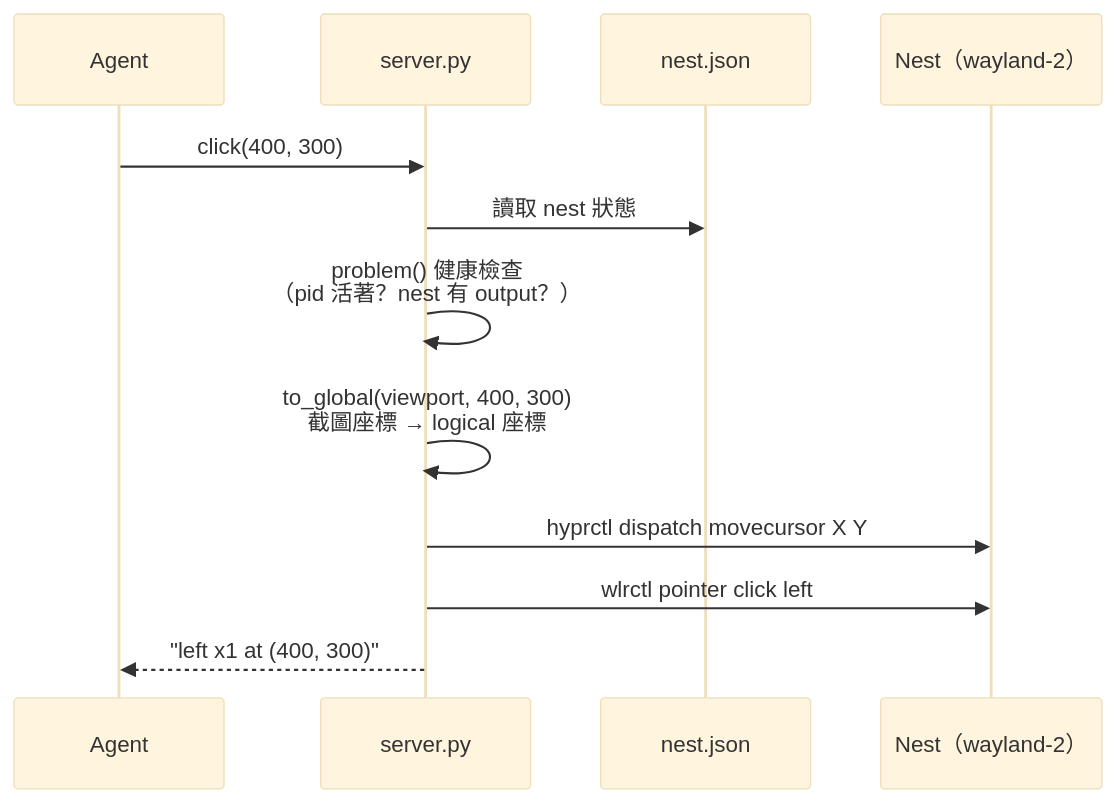
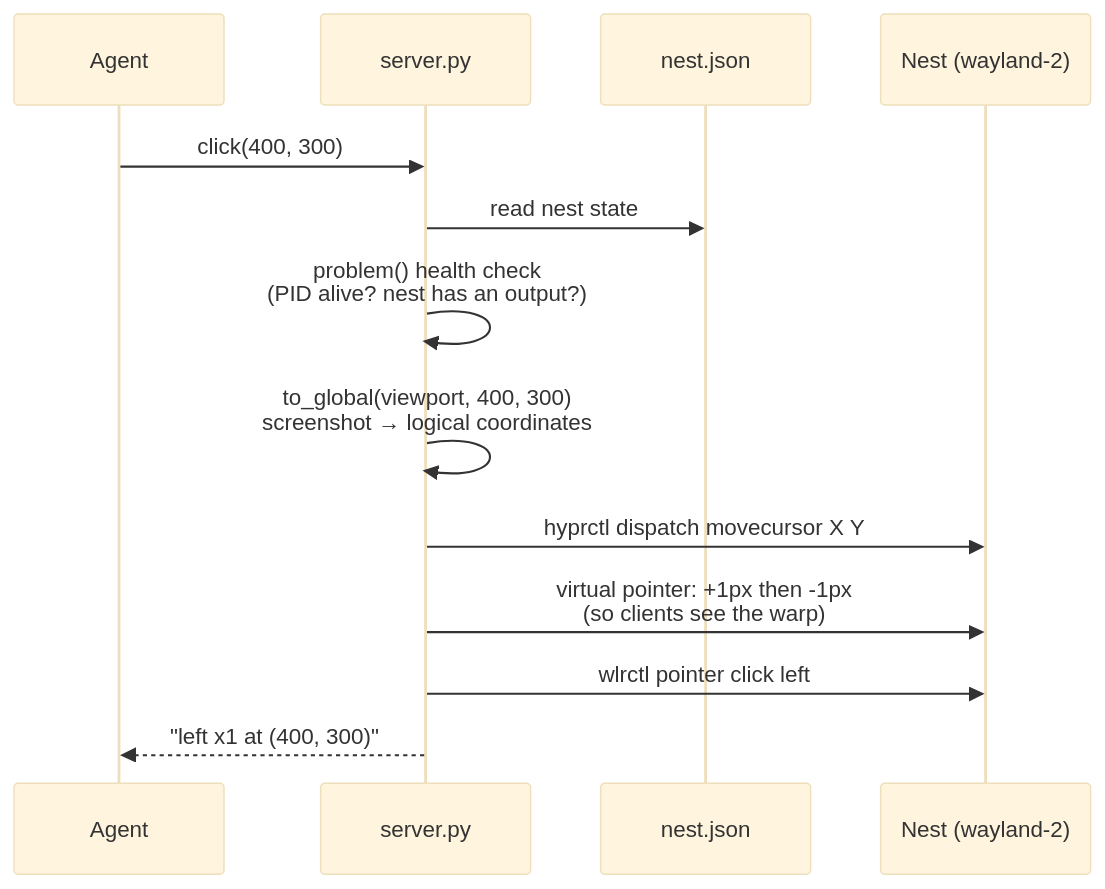
One commit to jason9075/hypr-computer-use-mcp changed the second of 2 diagrams in docs/architecture.md. Above: the diagram before and after it, drawn with Mermaid (base theme). The commit also changed other lines of this file and 6 other files, not shown here.

````diff
--- a/docs/architecture.md
+++ b/docs/architecture.md
@@ -79,15 +82,16 @@
 ```mermaid
 sequenceDiagram
   participant A as Agent
   participant S as server.py
   participant R as nest.json
-  participant N as Nest（wayland-2）
+  participant N as Nest (wayland-2)
 
   A->>S: click(400, 300)
-  S->>R: 讀取 nest 狀態
-  S->>S: problem() 健康檢查<br/>（pid 活著？nest 有 output？）
-  S->>S: to_global(viewport, 400, 300)<br/>截圖座標 → logical 座標
+  S->>R: read nest state
+  S->>S: problem() health check<br/>(PID alive? nest has an output?)
+  S->>S: to_global(viewport, 400, 300)<br/>screenshot → logical coordinates
   S->>N: hyprctl dispatch movecursor X Y
+  S->>N: virtual pointer: +1px then -1px<br/>(so clients see the warp)
   S->>N: wlrctl pointer click left
   S-->>A: "left x1 at (400, 300)"
 ```
````
